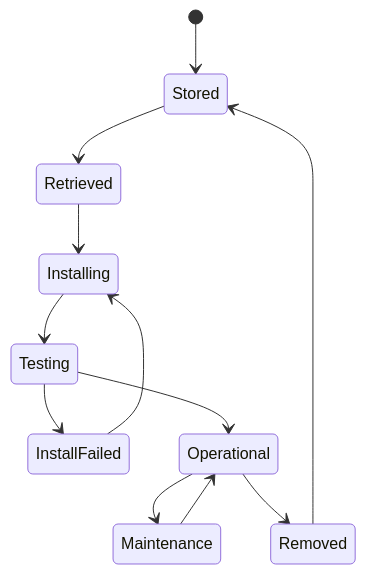
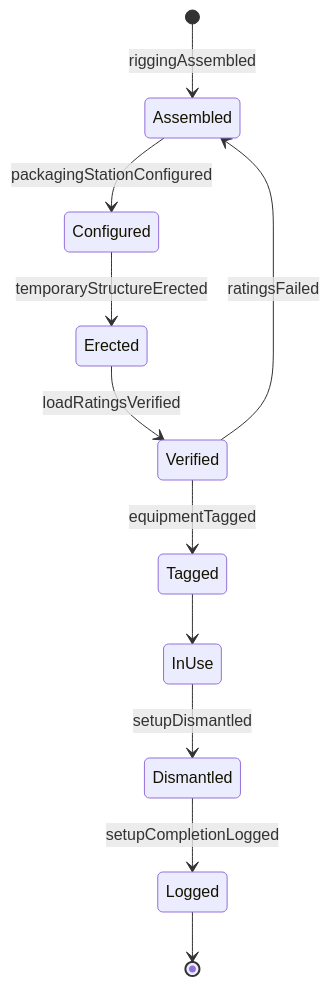
Before and after one commit to dot-org-ai/tasks.org.ai: the second of 4 diagrams in HandlingAndMovingObjects/SetUpEquipment/SetUpMaterialHandlingGear.mdx, drawn with Mermaid. The commit also changed other lines of this file and 515 other files, not shown here.

````diff
--- a/HandlingAndMovingObjects/SetUpEquipment/SetUpMaterialHandlingGear.mdx
+++ b/HandlingAndMovingObjects/SetUpEquipment/SetUpMaterialHandlingGear.mdx
@@ -98,14 +98,13 @@
 ```mermaid
 stateDiagram-v2
-    [*] --> Stored
-    Stored --> Retrieved
-    Retrieved --> Installing
-    Installing --> Testing
-    Testing --> InstallFailed
-    InstallFailed --> Installing
-    Testing --> Operational
-    Operational --> Maintenance
-    Maintenance --> Operational
-    Operational --> Removed
-    Removed --> Stored
+    [*] --> Assembled : riggingAssembled
+    Assembled --> Configured : packagingStationConfigured
+    Configured --> Erected : temporaryStructureErected
+    Erected --> Verified : loadRatingsVerified
+    Verified --> Tagged : equipmentTagged
+    Tagged --> InUse
+    InUse --> Dismantled : setupDismantled
+    Dismantled --> Logged : setupCompletionLogged
+    Verified --> Assembled : ratingsFailed
+    Logged --> [*]
 ```
````
